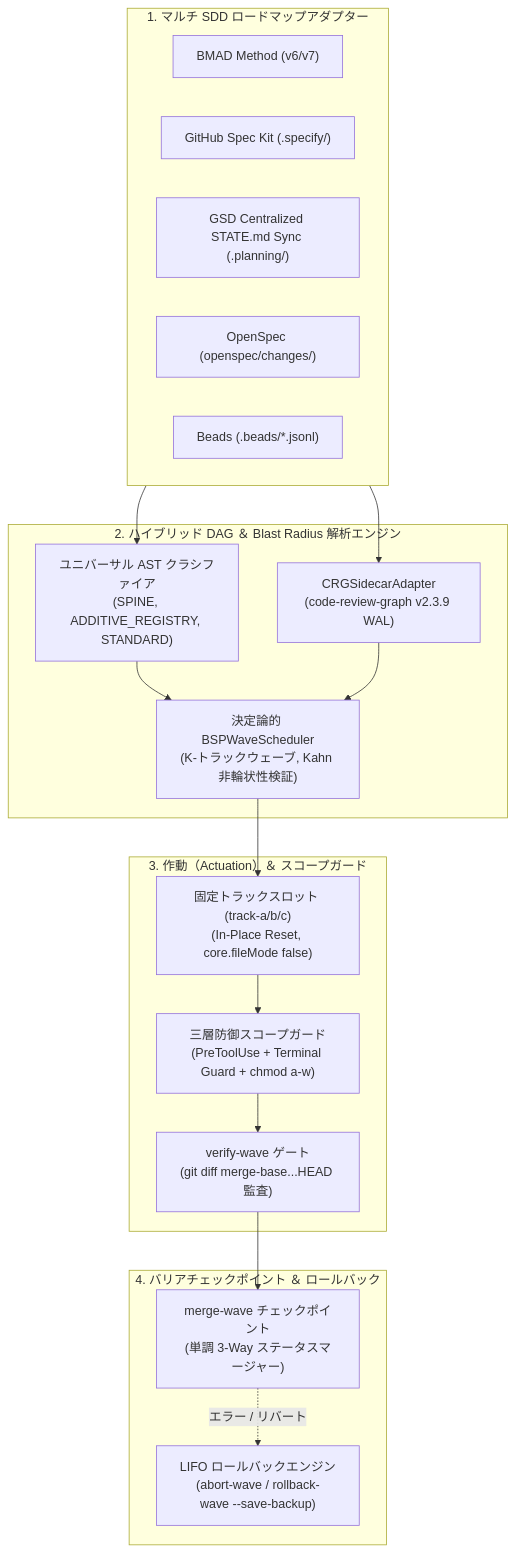
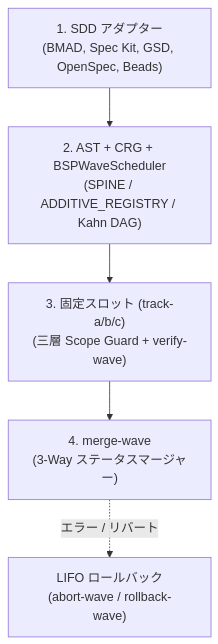
Before and after one commit to stopActingSoSmall/sdd-parallel: the diagram in docs/i18n/ja/README.md, drawn with Mermaid. The commit also changed other lines of this file and 8 other files, not shown here.

````diff
--- a/docs/i18n/ja/README.md
+++ b/docs/i18n/ja/README.md
@@ -587,34 +238,7 @@
 ```mermaid
 flowchart TD
-    subgraph Inputs["1. マルチ SDD ロードマップアダプター"]
-        BMAD["BMAD Method (v6/v7)"]
-        SpecKit["GitHub Spec Kit (.specify/)"]
-        GSD["GSD Centralized STATE.md Sync (.planning/)"]
-        OpenSpec["OpenSpec (openspec/changes/)"]
-        Beads["Beads (.beads/*.jsonl)"]
-    end
-
-    subgraph Engine["2. ハイブリッド DAG ＆ Blast Radius 解析エンジン"]
-        AST["ユニバーサル AST クラシファイア\n(SPINE, ADDITIVE_REGISTRY, STANDARD)"]
-        CRG["CRGSidecarAdapter\n(code-review-graph v2.3.9 WAL)"]
-        BSP["決定論的 BSPWaveScheduler\n(K-トラックウェーブ, Kahn 非輪状性検証)"]
-    end
-
-    subgraph Actuation["3. 作動（Actuation）＆ スコープガード"]
-        Slots["固定トラックスロット (track-a/b/c)\n(In-Place Reset, core.fileMode false)"]
-        Guard["三層防御スコープガード\n(PreToolUse + Terminal Guard + chmod a-w)"]
-        Verify["verify-wave ゲート\n(git diff merge-base...HEAD 監査)"]
-    end
-
-    subgraph Barrier["4. バリアチェックポイント ＆ ロールバック"]
-        Merge["merge-wave チェックポイント\n(単調 3-Way ステータスマージャー)"]
-        Rollback["LIFO ロールバックエンジン\n(abort-wave / rollback-wave --save-backup)"]
-    end
-
-    Inputs --> AST & CRG
-    AST & CRG --> BSP
-    BSP --> Slots
-    Slots --> Guard --> Verify
-    Verify --> Merge
-    Merge -. エラー / リバート .-> Rollback
+    Inputs["1. SDD アダプター\n(BMAD, Spec Kit, GSD, OpenSpec, Beads)"] --> Engine["2. AST + CRG + BSPWaveScheduler\n(SPINE / ADDITIVE_REGISTRY / Kahn DAG)"]
+    Engine --> Actuation["3. 固定スロット (track-a/b/c)\n(三層 Scope Guard + verify-wave)"]
+    Actuation --> Barrier["4. merge-wave\n(3-Way ステータスマージャー)"]
+    Barrier -. エラー / リバート .-> Rollback["LIFO ロールバック\n(abort-wave / rollback-wave)"]
 ```
````
